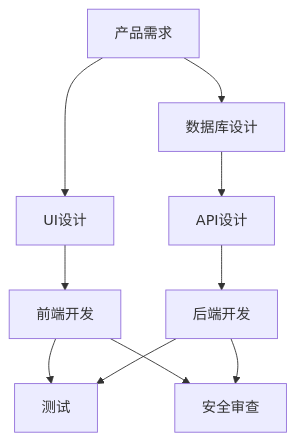
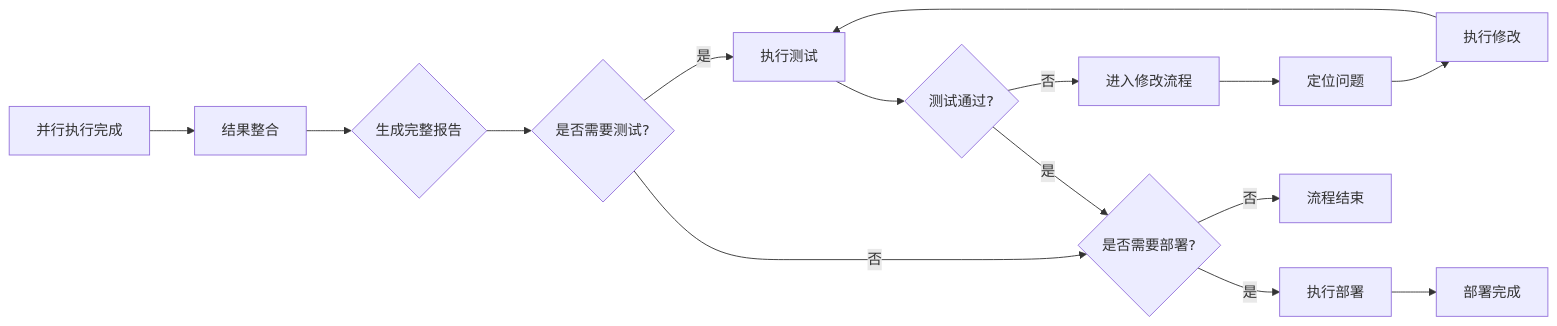
The diagram in skills/result-synthesizer/SKILL.md (XX-Trader/smart-flow), drawn with Mermaid before and after one commit. The commit also changed other lines of this file, not shown here.

````diff
--- a/skills/result-synthesizer/SKILL.md
+++ b/skills/result-synthesizer/SKILL.md
@@ -428,12 +25,17 @@
 ```mermaid
-graph TD
-    A[产品需求] --> B[UI设计]
-    A --> C[数据库设计]
-    C --> D[API设计]
-    B --> E[前端开发]
-    D --> F[后端开发]
-    E --> G[测试]
-    F --> G
-    E --> H[安全审查]
-    F --> H
+graph LR
+    A[并行执行完成] --> B[结果整合]
+    B --> C{生成完整报告}
+    C --> D{是否需要测试?}
+    D -->|是| E[执行测试]
+    D -->|否| F{是否需要部署?}
+    E --> G{测试通过?}
+    G -->|是| F
+    G -->|否| H[进入修改流程]
+    H --> I[定位问题]
+    I --> J[执行修改]
+    J --> E
+    F -->|是| K[执行部署]
+    F -->|否| L[流程结束]
+    K --> M[部署完成]
 ```
````
